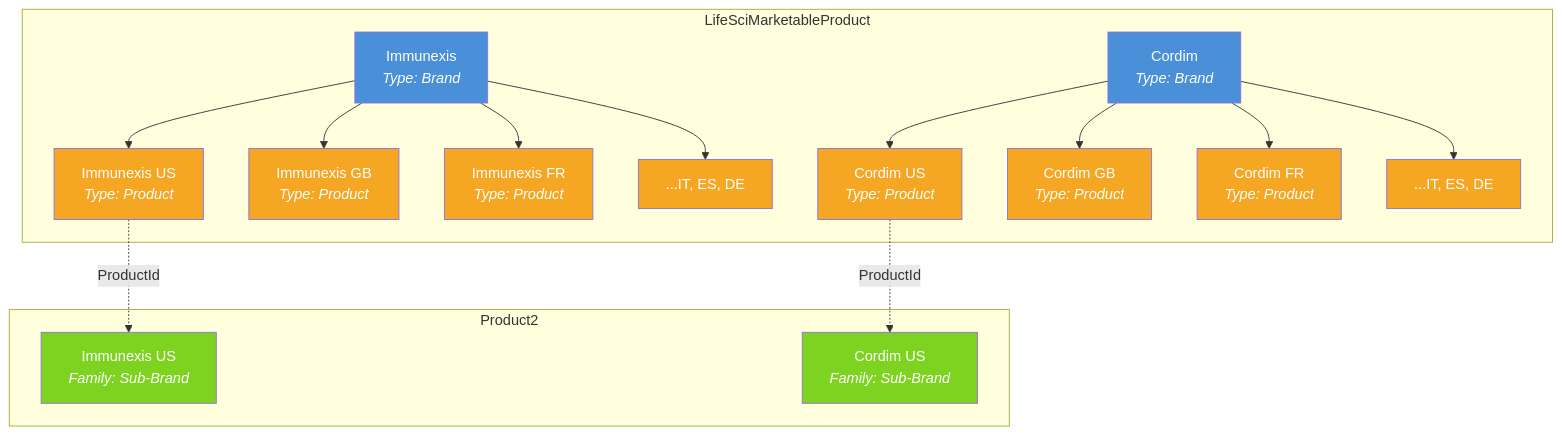
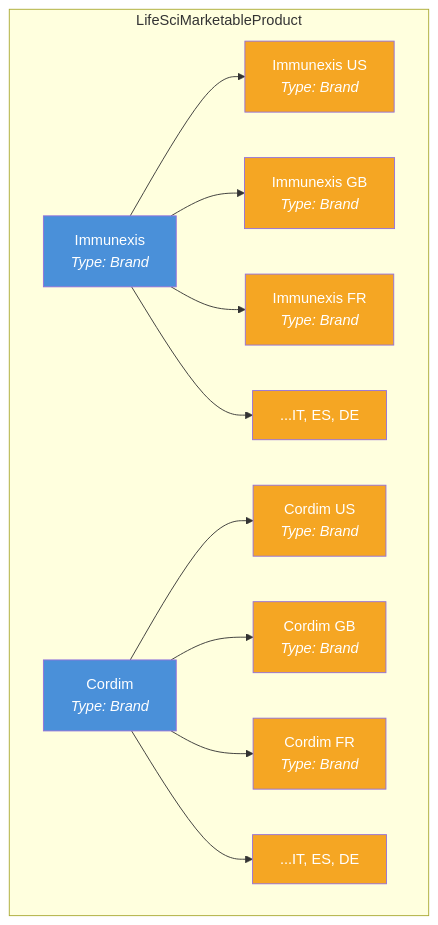
One commit to afls-ideas/Multi-Country-Brand-Setup changed the second of 5 diagrams in README-04-Data-Loading-Scripts.md. Above: the diagram before and after it, drawn with Mermaid. The commit also changed other lines of this file and 2 other files, not shown here.

Commit message:
Fix marketable products to use Type=Brand for Product Details visibility
The Visit Engagement component filters detailable products by
Type IN ('Brand','Indication','TherapeuticArea','BrandIndication').
Country marketable products were created with Type='Product', making
them invisible in Product Details during visits.

Changes:
- create-marketable-products.apex: Use Type='Brand' and clear ProductId
- README-02: Add Type='Brand' requirement note to marketable products section
- README-04: Update Step 2 docs to reflect Type='Brand' and remove ProductId link

````diff
--- a/README-04-Data-Loading-Scripts.md
+++ b/README-04-Data-Loading-Scripts.md
@@ -84,38 +86,28 @@
 ```mermaid
 graph TD
     subgraph "LifeSciMarketableProduct"
         B1["Immunexis<br/><i>Type: Brand</i>"]
         B2["Cordim<br/><i>Type: Brand</i>"]
 
-        B1 --> M1["Immunexis US<br/><i>Type: Product</i>"]
-        B1 --> M2["Immunexis GB<br/><i>Type: Product</i>"]
-        B1 --> M3["Immunexis FR<br/><i>Type: Product</i>"]
+        B1 --> M1["Immunexis US<br/><i>Type: Brand</i>"]
+        B1 --> M2["Immunexis GB<br/><i>Type: Brand</i>"]
+        B1 --> M3["Immunexis FR<br/><i>Type: Brand</i>"]
         B1 --> M4["...IT, ES, DE"]
 
-        B2 --> M5["Cordim US<br/><i>Type: Product</i>"]
-        B2 --> M6["Cordim GB<br/><i>Type: Product</i>"]
-        B2 --> M7["Cordim FR<br/><i>Type: Product</i>"]
+        B2 --> M5["Cordim US<br/><i>Type: Brand</i>"]
+        B2 --> M6["Cordim GB<br/><i>Type: Brand</i>"]
+        B2 --> M7["Cordim FR<br/><i>Type: Brand</i>"]
         B2 --> M8["...IT, ES, DE"]
     end
-
-    subgraph "Product2"
-        P1["Immunexis US<br/><i>Family: Sub-Brand</i>"]
-        P2["Cordim US<br/><i>Family: Sub-Brand</i>"]
-    end
-
-    M1 -.->|ProductId| P1
-    M5 -.->|ProductId| P2
 
     style B1 fill:#4a90d9,color:#fff
     style B2 fill:#4a90d9,color:#fff
     style M1 fill:#f5a623,color:#fff
     style M2 fill:#f5a623,color:#fff
     style M3 fill:#f5a623,color:#fff
     style M4 fill:#f5a623,color:#fff
     style M5 fill:#f5a623,color:#fff
     style M6 fill:#f5a623,color:#fff
     style M7 fill:#f5a623,color:#fff
     style M8 fill:#f5a623,color:#fff
-    style P1 fill:#7ed321,color:#fff
-    style P2 fill:#7ed321,color:#fff
 ```
````
